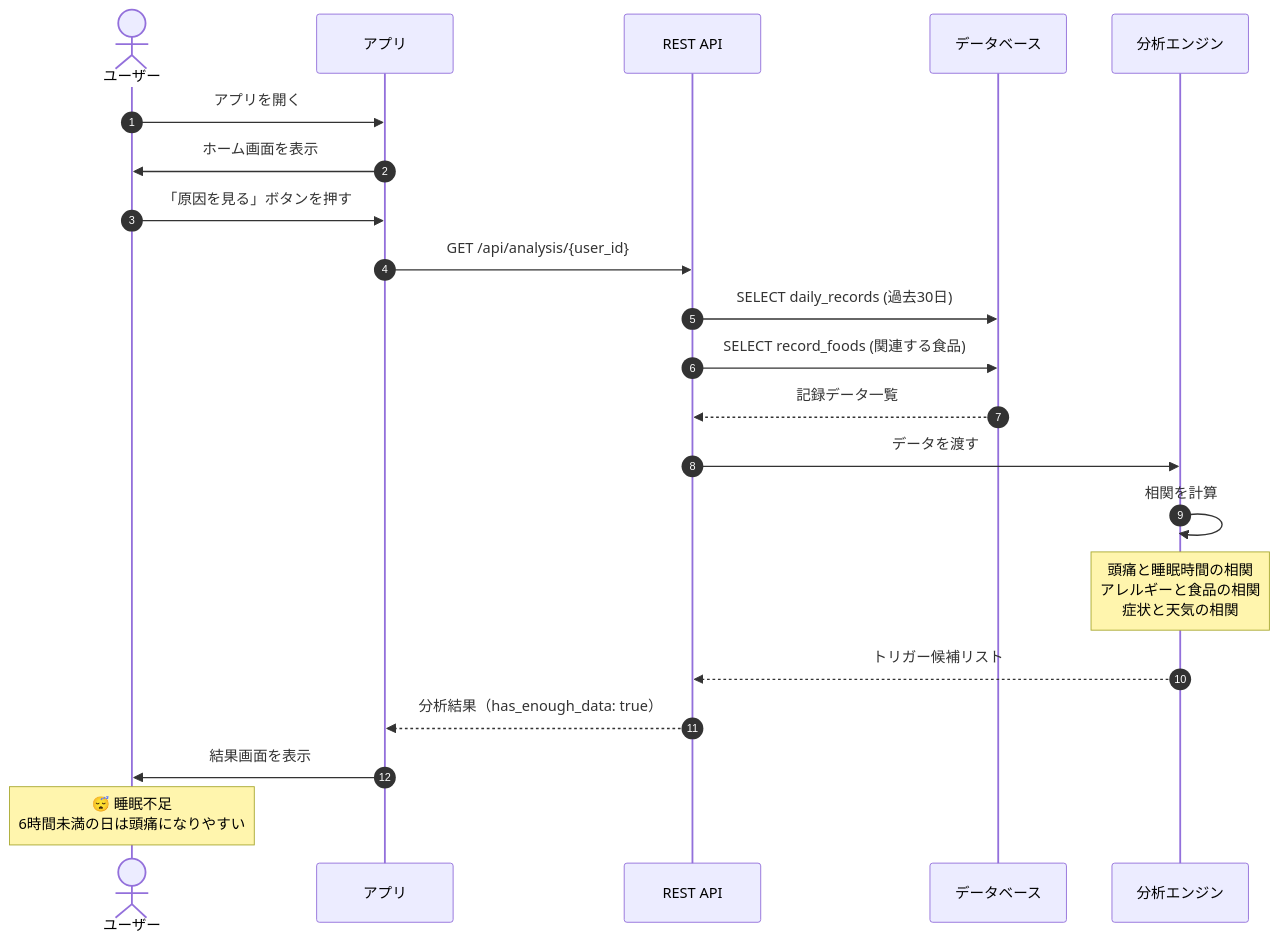
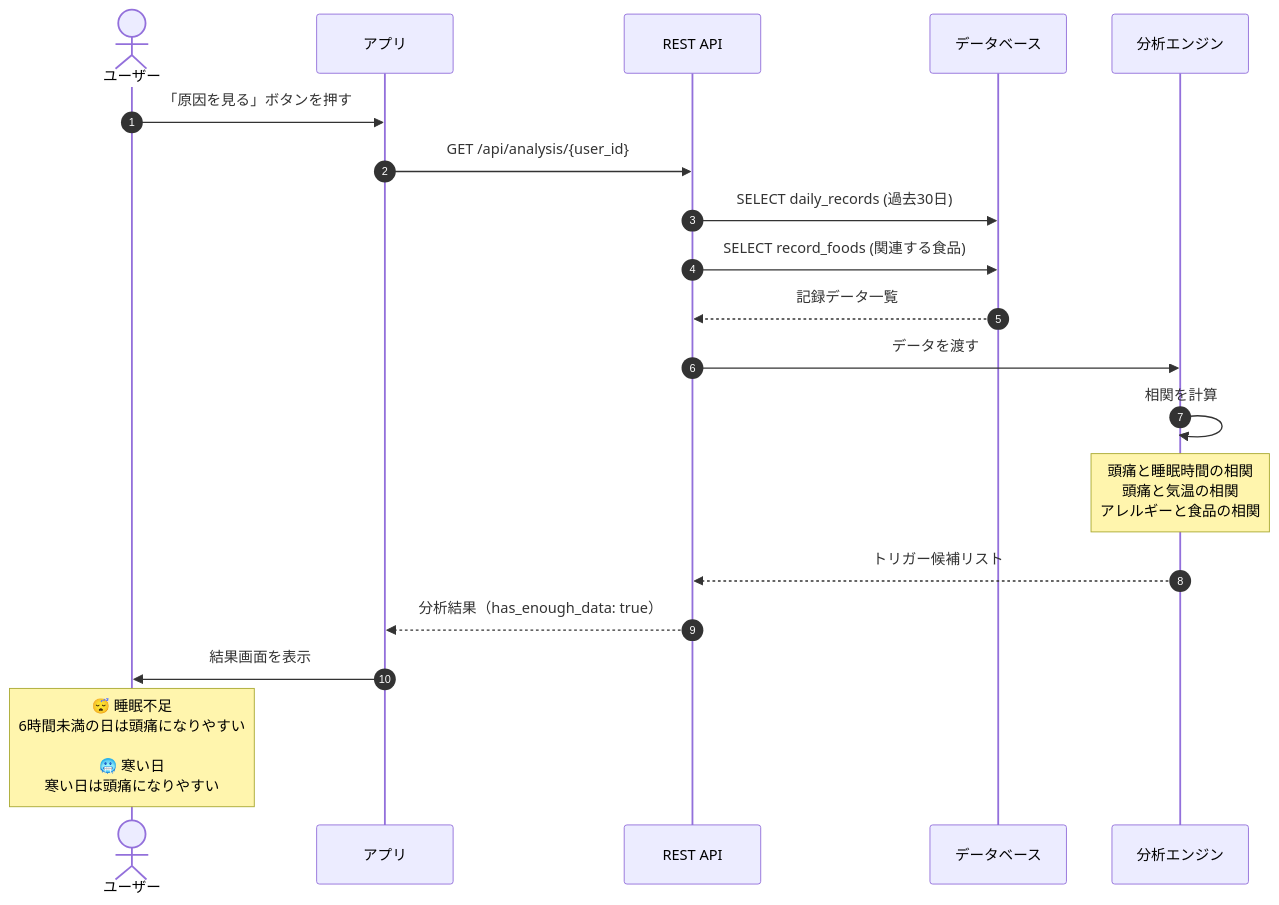
The sixth of 15 diagrams in document/APP/sequence.md (Syota622/TriggerSearch), drawn with Mermaid before and after one commit. The commit also changed other lines of this file and 3 other files, not shown here.

````diff
--- a/document/APP/sequence.md
+++ b/document/APP/sequence.md
@@ -51,28 +185,25 @@
 ```mermaid
 sequenceDiagram
     autonumber
     actor User as ユーザー
     participant App as アプリ
     participant API as REST API
     participant DB as データベース
     participant Analyzer as 分析エンジン
 
-    User->>App: アプリを開く
-    App->>User: ホーム画面を表示
-    
     User->>App: 「原因を見る」ボタンを押す
     
     App->>API: GET /api/analysis/{user_id}
     API->>DB: SELECT daily_records (過去30日)
     API->>DB: SELECT record_foods (関連する食品)
     DB-->>API: 記録データ一覧
     
     API->>Analyzer: データを渡す
     Analyzer->>Analyzer: 相関を計算
-    Note over Analyzer: 頭痛と睡眠時間の相関<br/>アレルギーと食品の相関<br/>症状と天気の相関
+    Note over Analyzer: 頭痛と睡眠時間の相関<br/>頭痛と気温の相関<br/>アレルギーと食品の相関
     Analyzer-->>API: トリガー候補リスト
     
     API-->>App: 分析結果（has_enough_data: true）
     App->>User: 結果画面を表示
-    Note over User: 😴 睡眠不足<br/>6時間未満の日は頭痛になりやすい
+    Note over User: 😴 睡眠不足<br/>6時間未満の日は頭痛になりやすい<br/><br/>🥶 寒い日<br/>寒い日は頭痛になりやすい
 ```
````
